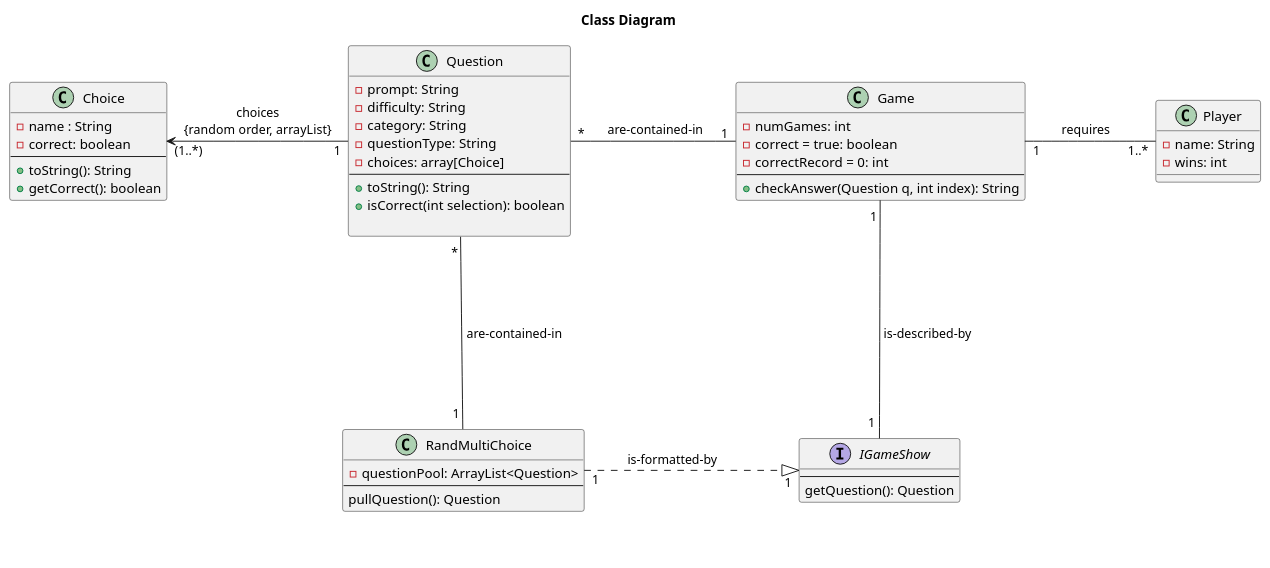
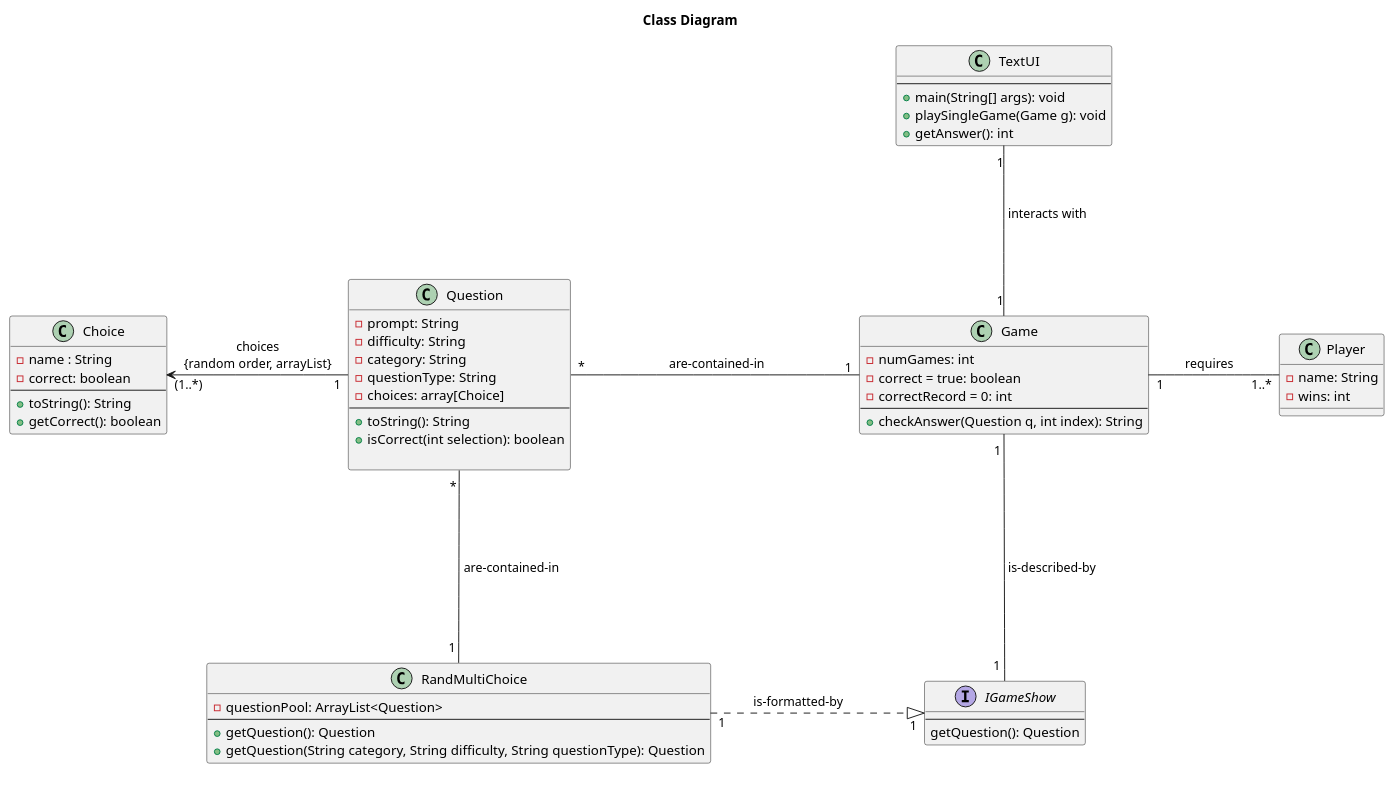
Before and after one commit to aczar09/Trivia-Game-Android: the first of 4 diagrams in doc/design.md, drawn with PlantUML.

Commit message:
Finished design class diagram

````diff
--- a/doc/design.md
+++ b/doc/design.md
@@ -12,49 +12,57 @@
 ```plantuml
 title Class Diagram
 ' classes
 'skinparam classAttributeIconSize 0 
+class TextUI{
+--
++main(String[] args): void
++ playSingleGame(Game g): void
++ getAnswer(): int
+}
 class Game{
     -numGames: int
     - correct = true: boolean
     - correctRecord = 0: int
 --
     + checkAnswer(Question q, int index): String
 }
 class Question{
     -prompt: String
     -difficulty: String
     -category: String
     -questionType: String
     -choices: array[Choice]
     --
     +toString(): String
     +isCorrect(int selection): boolean
     
 }
 class Choice{
     -name : String
     -correct: boolean
     --
     +toString(): String
     +getCorrect(): boolean
 }
 class Player{
 -name: String
 -wins: int
 }
 interface IGameShow{
 --
     getQuestion(): Question
 }
-Game "1" ---left-- "*" Question : "      are-contained-in     "
+Game "1" ---left-- "*" Question : "                         are-contained-in                        "
 Question "\t1" -left-->"(1..*)" Choice:choices\n{random order, arrayList}
 Game "1\t" --right-- "1..*" Player: "      requires         "
-Game "1 " -down- " 1 " IGameShow: " is-described-by"
+Game "1 " --down-- " 1 " IGameShow: " is-described-by"
 class RandMultiChoice{
     -questionPool: ArrayList<Question>
     --
-    pullQuestion(): Question
+    +getQuestion(): Question
+    +getQuestion(String category, String difficulty, String questionType): Question
 }
 IGameShow"\t   1\n\n\n\n" <|..left.."1\t" RandMultiChoice:"        is-formatted-by                    "
 RandMultiChoice "1 "--up-- " * " Question: " are-contained-in"
+Game "1" -up-- "1" TextUI: " interacts with "
 ```
````
